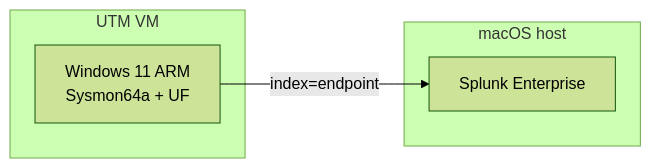
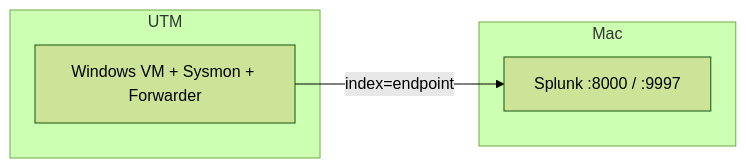
The diagram in README.md (TamiDeji04/Splunk-SOC-Detection-Lab), drawn with Mermaid (forest theme) before and after one commit. The commit also changed other lines of this file and 24 other files, not shown here.

````diff
--- a/README.md
+++ b/README.md
@@ -11,10 +13,10 @@
 ```mermaid
 flowchart LR
-  subgraph mac [macOS host]
-    splunk["Splunk Enterprise"]
+  subgraph mac [Mac]
+    splunk[Splunk :8000 / :9997]
   end
-  subgraph utm [UTM VM]
-    win["Windows 11 ARM\nSysmon64a + UF"]
+  subgraph utm [UTM]
+    win[Windows VM + Sysmon + Forwarder]
   end
   win -->|index=endpoint| splunk
 ```
````
